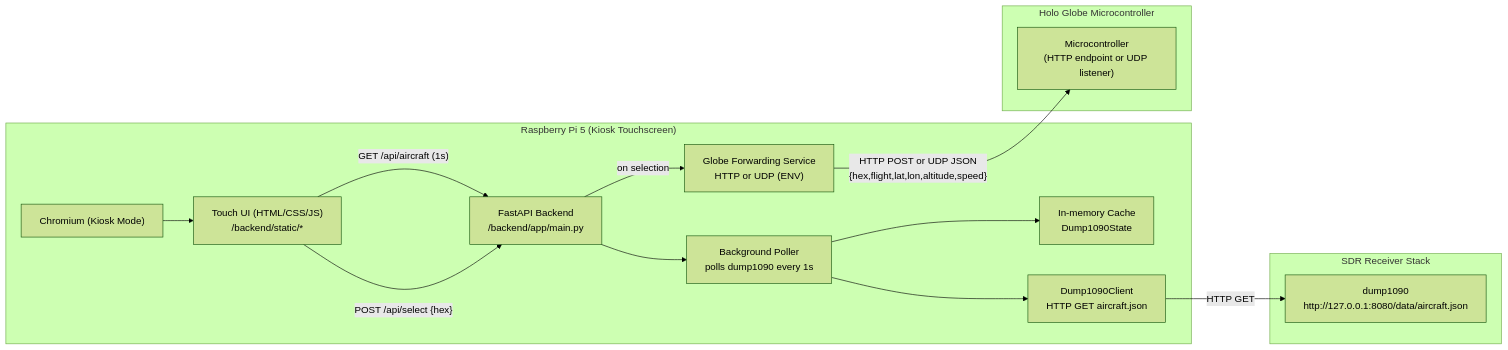
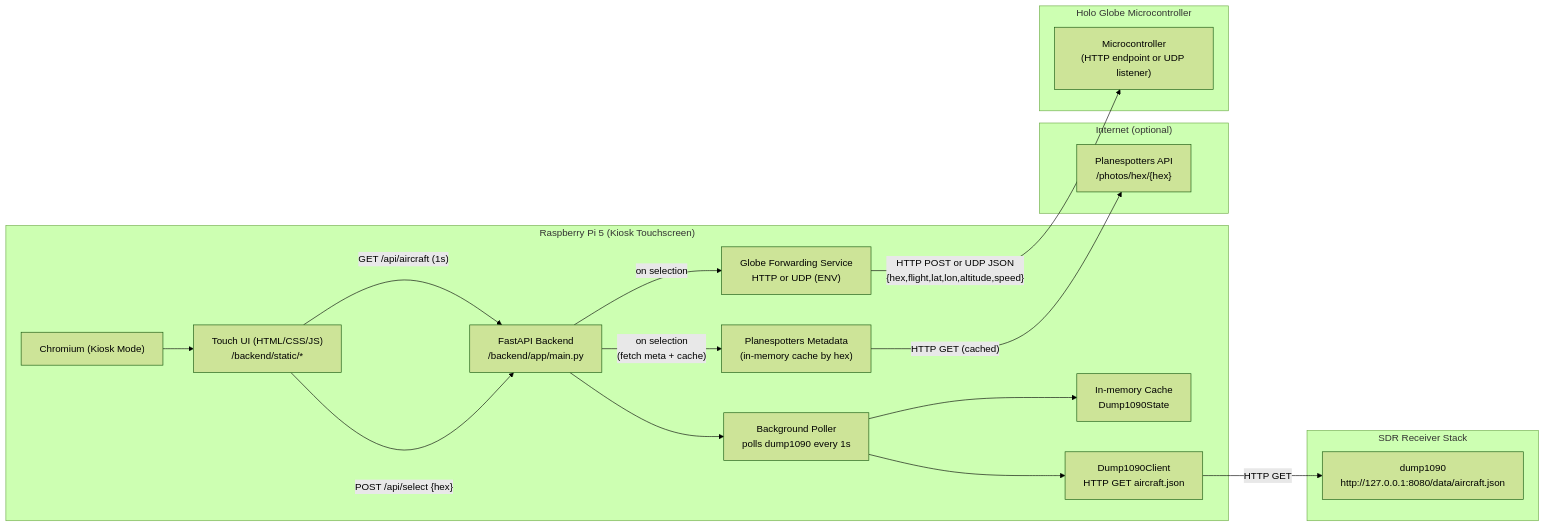
Before and after one commit to EmbSyst/in-plane-sight: the diagram in architecture.md, drawn with Mermaid (forest theme). The commit also changed 1 other file, not shown here.

Commit message:
docs: update architecture and README for planesotters metadata feature
Add planesotters metadata service and API call to architecture diagram.
Update README to describe the new metadata and photo fetching functionality,
including caching and placeholder behavior. Also fix a broken link to start.sh.

````diff
--- a/architecture.md
+++ b/architecture.md
@@ -1,33 +1,41 @@
 ```mermaid
 %% Application architecture (render with Mermaid / mermaid.js)
 flowchart LR
   subgraph RasPi["Raspberry Pi 5 (Kiosk Touchscreen)"]
     Browser["Chromium (Kiosk Mode)"]
     UI["Touch UI (HTML/CSS/JS)\n/backend/static/*"]
     API["FastAPI Backend\n/backend/app/main.py"]
     Poller["Background Poller\npolls dump1090 every 1s"]
     Cache["In-memory Cache\nDump1090State"]
     DumpClient["Dump1090Client\nHTTP GET aircraft.json"]
+    MetaSvc["Planespotters Metadata\n(in-memory cache by hex)"]
     GlobeSvc["Globe Forwarding Service\nHTTP or UDP (ENV)"]
   end
 
   subgraph SDR["SDR Receiver Stack"]
     Dump1090["dump1090\nhttp://127.0.0.1:8080/data/aircraft.json"]
+  end
+
+  subgraph Internet["Internet (optional)"]
+    Planespotters["Planespotters API\n/photos/hex/{hex}"]
   end
 
   subgraph Globe["Holo Globe Microcontroller"]
     MCU["Microcontroller\n(HTTP endpoint or UDP listener)"]
   end
 
   Browser --> UI
   UI -->|"GET /api/aircraft (1s)"| API
   UI -->|"POST /api/select {hex}"| API
 
   API --> Poller
   Poller --> Cache
   Poller --> DumpClient
   DumpClient -->|"HTTP GET"| Dump1090
 
+  API -->|"on selection\n(fetch meta + cache)"| MetaSvc
+  MetaSvc -->|"HTTP GET (cached)"| Planespotters
+
   API -->|"on selection"| GlobeSvc
   GlobeSvc -->|"HTTP POST or UDP JSON\n{hex,flight,lat,lon,altitude,speed}"| MCU
 ```
````
